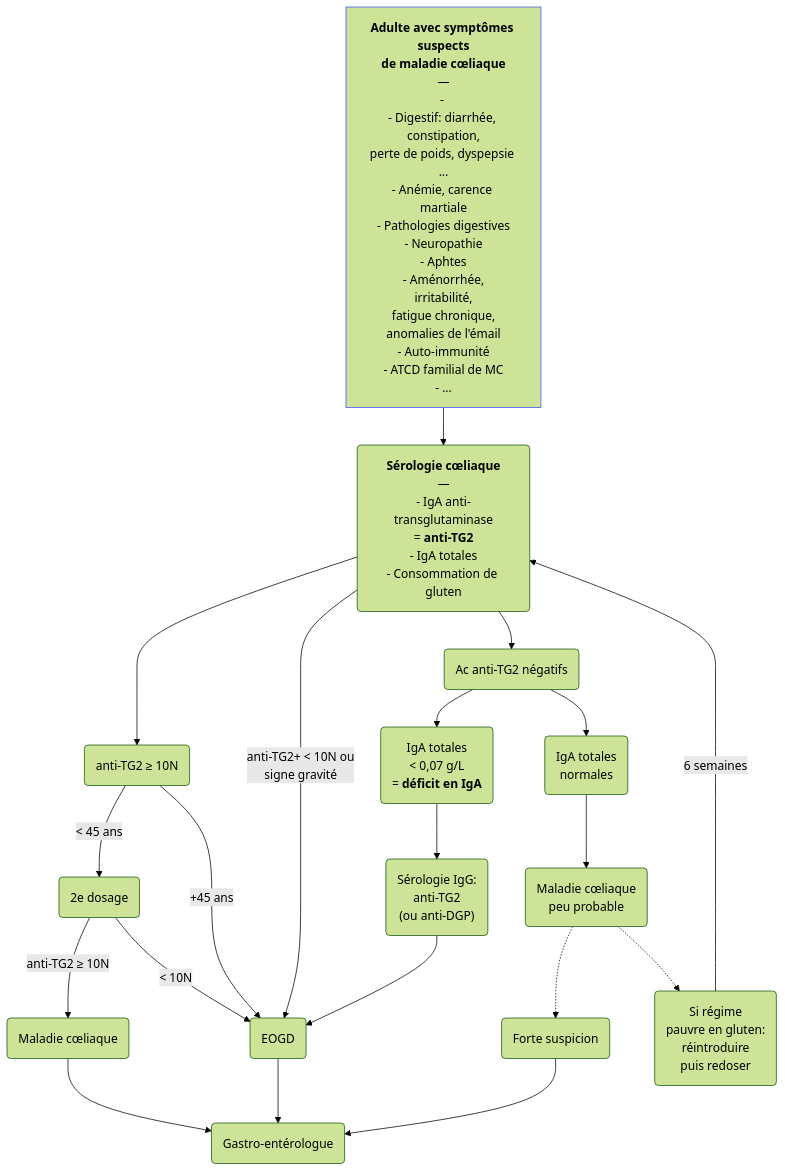
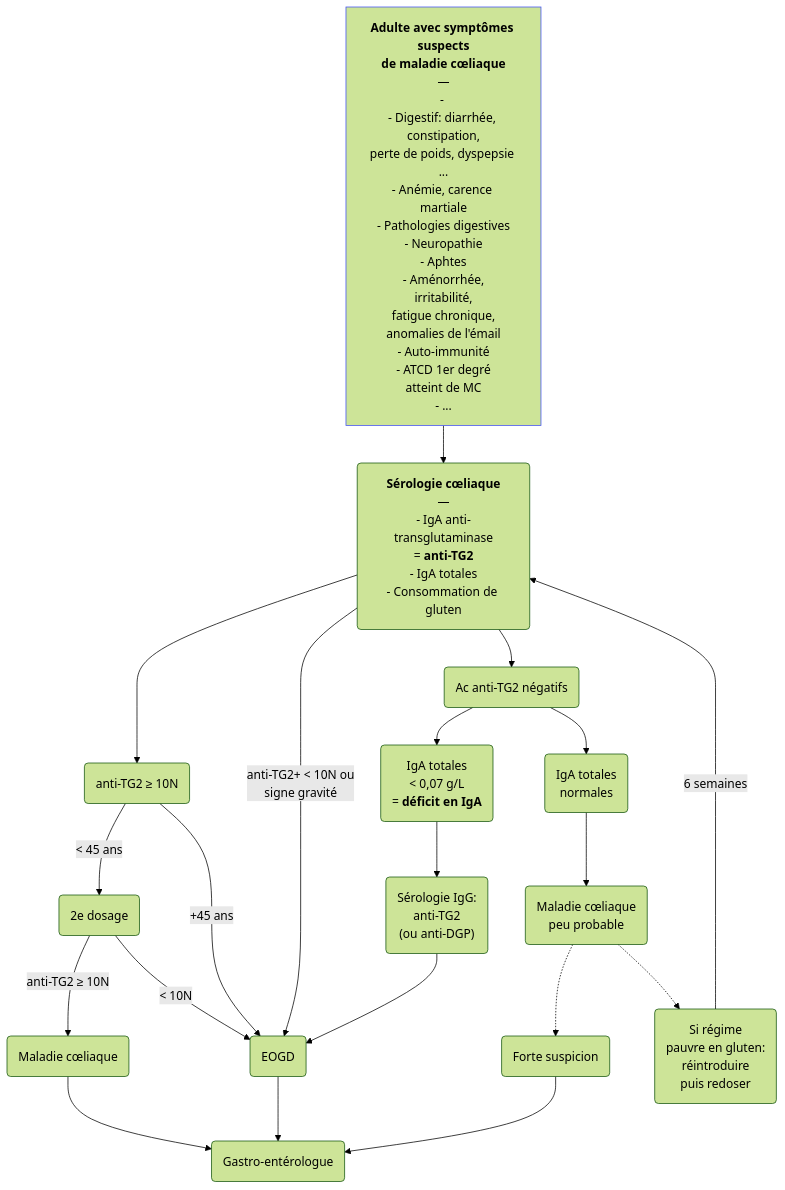
The first of 2 diagrams in content/recommandations/maladie-coeliaque.md (djibe/recommandations-medicales), drawn with Mermaid (forest theme) before and after one commit. The commit also changed other lines of this file, not shown here.

```diff
--- a/content/recommandations/maladie-coeliaque.md
+++ b/content/recommandations/maladie-coeliaque.md
@@ -398,12 +434,12 @@
 {{< mermaid title="Prise en charge de la suspicion de maladie cœliaque chez l'adulte. Dr JB Fron d'après *ESsCD 2025*" >}}
 graph TB
-  symptomatique["<b>Adulte avec symptômes suspects<br>de maladie cœliaque</b><br>—<br>- <br>- Digestif: diarrhée, constipation,<br>perte de poids, dyspepsie ...<br>- Anémie, carence martiale<br>- Pathologies digestives<br>- Neuropathie<br>- Aphtes<br>- Aménorrhée,<br>irritabilité,<br>fatigue chronique,<br>anomalies de l'émail<br>- Auto-immunité<br>- ATCD familial de MC<br>- ..."] --> sérologie("<b>Sérologie cœliaque</b><br>—<br>- IgA anti-transglutaminase<br>= <b>anti-TG2</b><br>- IgA totales<br>- Consommation de gluten")
+  symptomatique["<b>Adulte avec symptômes suspects<br>de maladie cœliaque</b><br>—<br>- <br>- Digestif: diarrhée, constipation,<br>perte de poids, dyspepsie ...<br>- Anémie, carence martiale<br>- Pathologies digestives<br>- Neuropathie<br>- Aphtes<br>- Aménorrhée,<br>irritabilité,<br>fatigue chronique,<br>anomalies de l'émail<br>- Auto-immunité<br>- ATCD 1er degré<br>atteint de MC<br>- ..."] --> sérologie("<b>Sérologie cœliaque</b><br>—<br>- IgA anti-transglutaminase<br>= <b>anti-TG2</b><br>- IgA totales<br>- Consommation de gluten")
     sérologie --> élevée(anti-TG2 ≥ 10N) -- "&lt; 45 ans" --> confirmation(2e dosage) -- "anti-TG2 ≥ 10N" --> MC(Maladie cœliaque) --> gastro(Gastro-entérologue)
         confirmation -- "&lt; 10N" --> EOGD(EOGD) --> gastro
       élevée -- "+45 ans"--> EOGD
     sérologie -- "anti-TG2+ &lt; 10N ou<br>signe gravité" --> EOGD
     sérologie --> négative(Ac anti-TG2 négatifs) --> déficit("IgA totales<br>&lt; 0,07 g/L<br>= <b>déficit en IgA</b>") --> IgG("Sérologie IgG:<br>anti-TG2<br>(ou anti-DGP)") --> EOGD
       négative --> totales(IgA totales<br>normales) --> peuProbable(Maladie cœliaque<br>peu probable) -.-> suspicion(Forte suspicion) --> gastro
         peuProbable -.-> regime("Si régime<br>pauvre en gluten:<br>réintroduire<br>puis redoser") -- 6 semaines --> sérologie
   style symptomatique stroke:#4150f5, stroke-width:1px
 {{< /mermaid >}}
```
